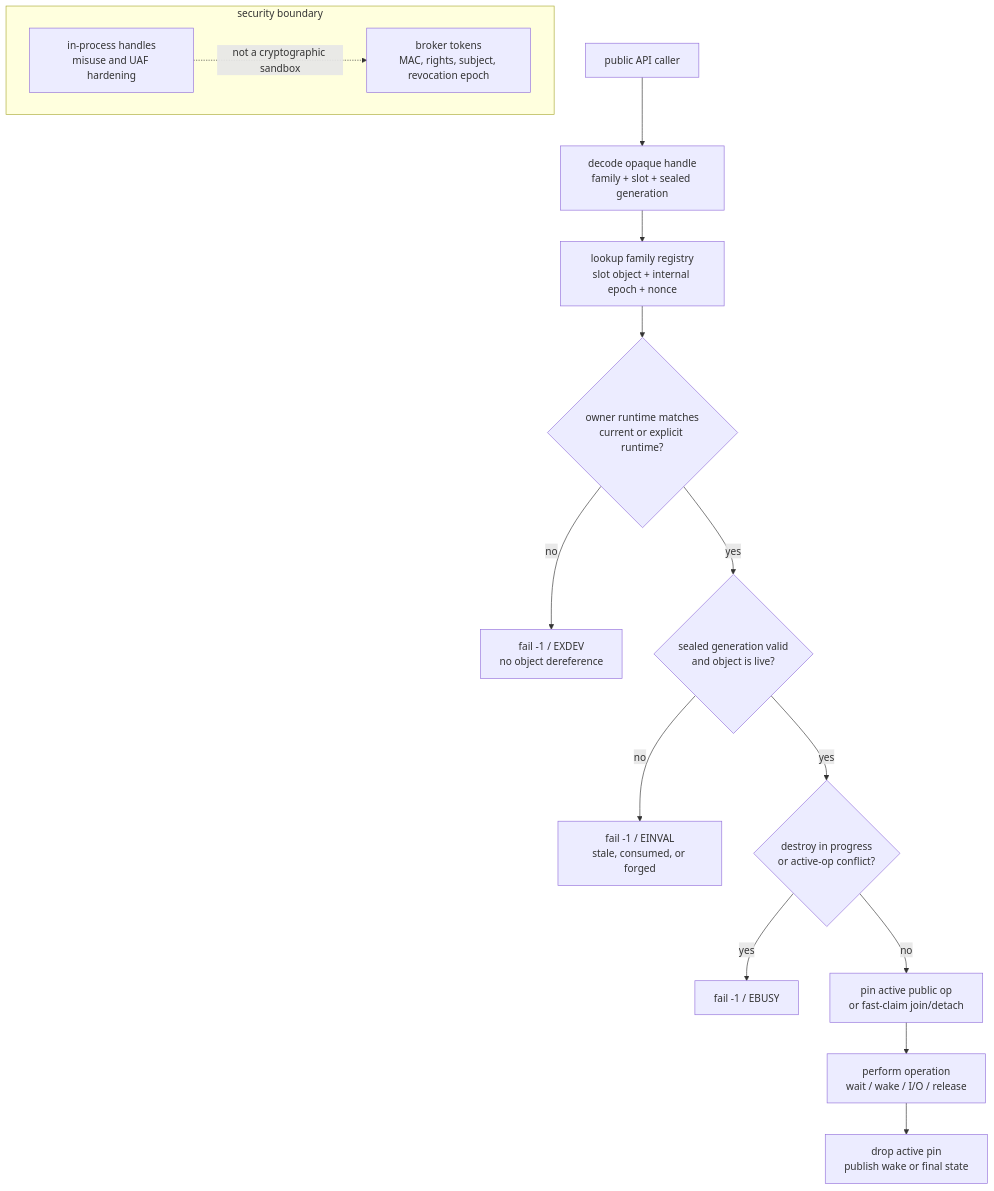
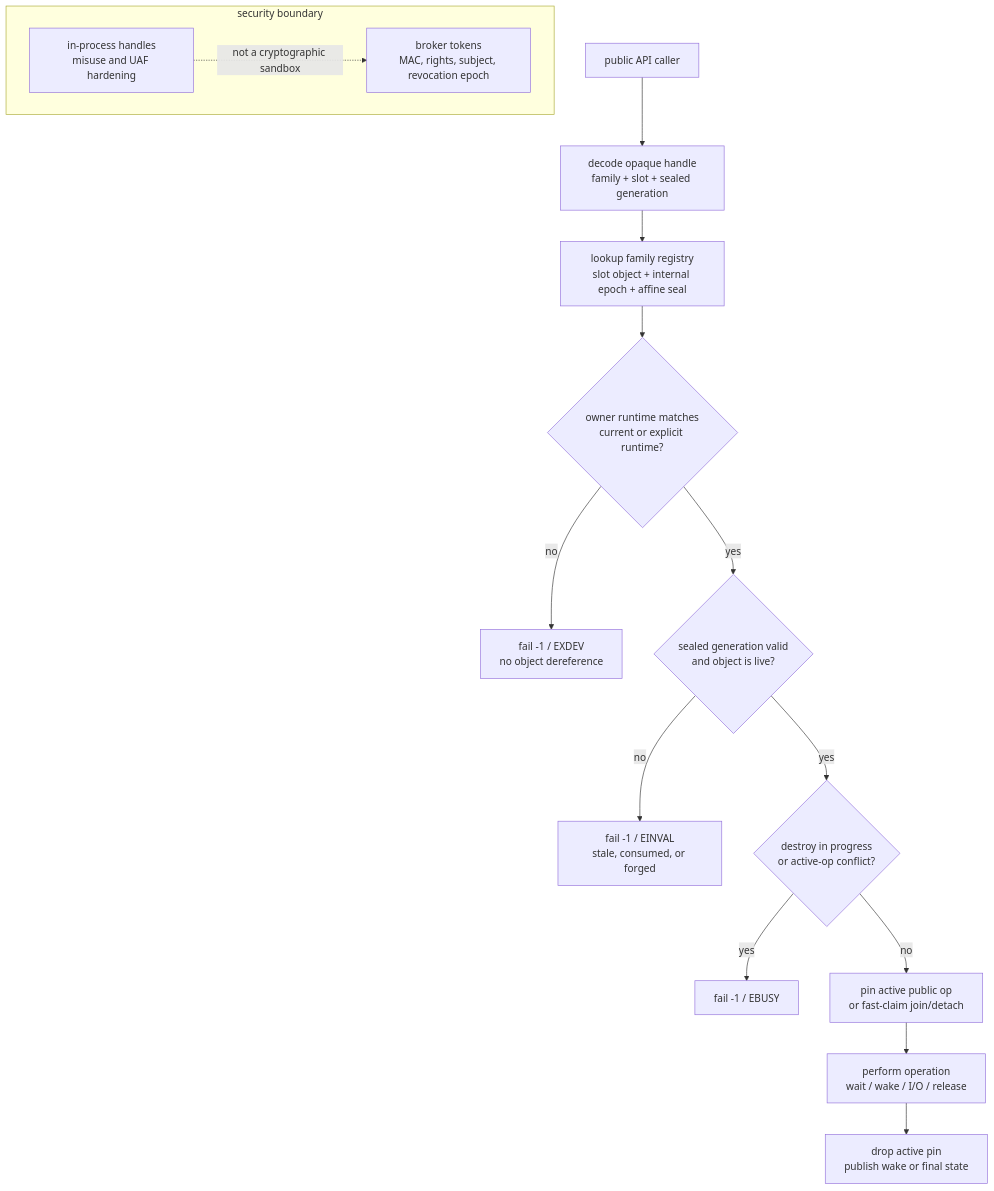
The third of 4 diagrams in README.md (Feralthedogg/LLAM), drawn with Mermaid before and after one commit. The commit also changed 6 other files, not shown here.

````diff
--- a/README.md
+++ b/README.md
@@ -1240,20 +1240,20 @@
 ```mermaid
 flowchart TB
     Caller["public API caller"] --> Decode["decode opaque handle\nfamily + slot + sealed generation"]
-    Decode --> Table["lookup family registry\nslot object + internal epoch + nonce"]
+    Decode --> Table["lookup family registry\nslot object + internal epoch + affine seal"]
     Table --> Owner{"owner runtime matches\ncurrent or explicit runtime?"}
     Owner -- "no" --> Cross["fail -1 / EXDEV\nno object dereference"]
     Owner -- "yes" --> Gen{"sealed generation valid\nand object is live?"}
     Gen -- "no" --> Stale["fail -1 / EINVAL\nstale, consumed, or forged"]
     Gen -- "yes" --> Active{"destroy in progress\nor active-op conflict?"}
     Active -- "yes" --> Busy["fail -1 / EBUSY"]
     Active -- "no" --> Pin["pin active public op\nor fast-claim join/detach"]
     Pin --> Operation["perform operation\nwait / wake / I/O / release"]
     Operation --> End["drop active pin\npublish wake or final state"]
 
     subgraph SecurityBoundary["security boundary"]
         ProcessHandles["in-process handles\nmisuse and UAF hardening"]
         BrokerTokens["broker tokens\nMAC, rights, subject, revocation epoch"]
         ProcessHandles -. "not a cryptographic sandbox" .-> BrokerTokens
     end
 ```
````
